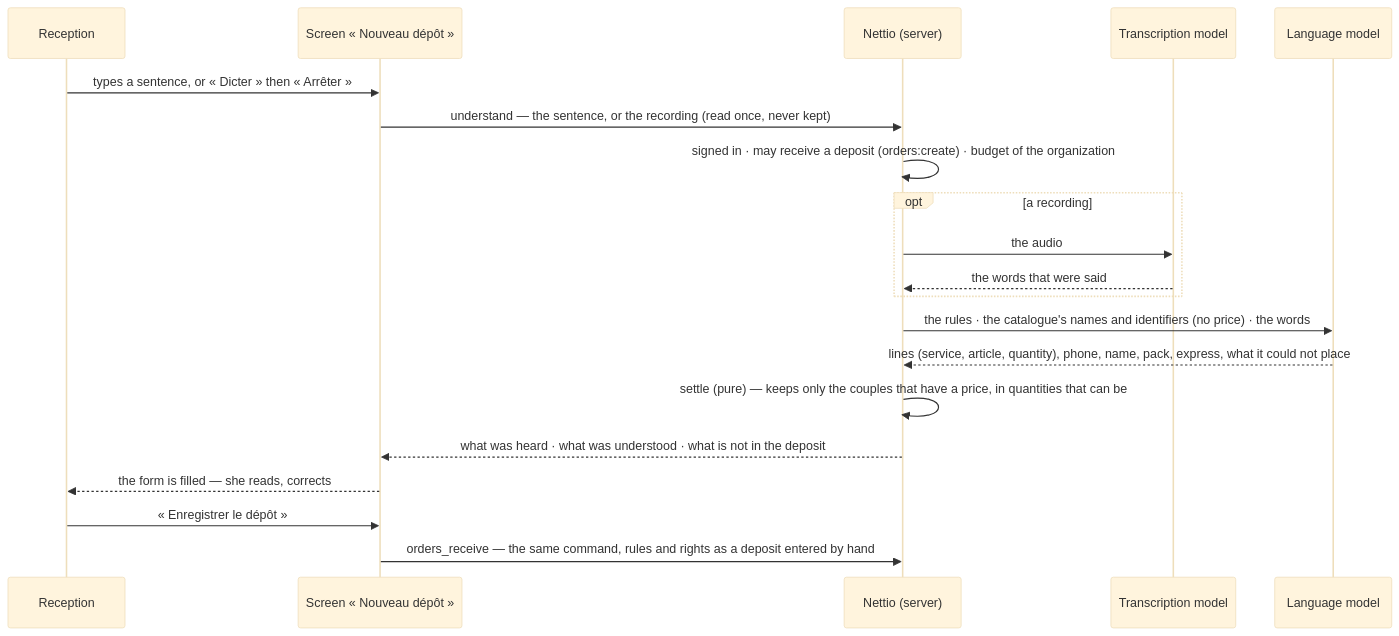
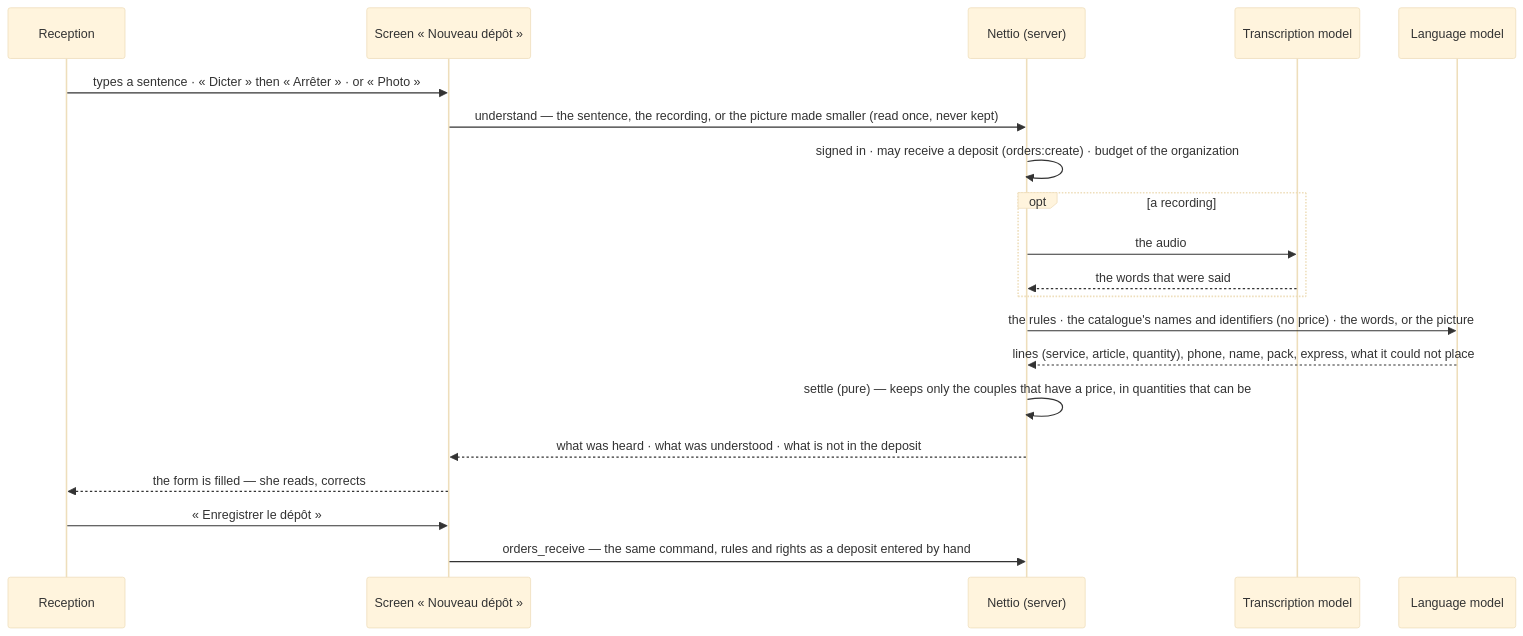
Before and after one commit to kete-africa/nettio: the diagram in docs/flows/a-deposit-said.md, drawn with Mermaid (base theme). The commit also changed other lines of this file and 14 other files, not shown here.

````diff
--- a/docs/flows/a-deposit-said.md
+++ b/docs/flows/a-deposit-said.md
@@ -3,22 +3,22 @@
 ```mermaid
 sequenceDiagram
   participant R as Reception
   participant S as Screen « Nouveau dépôt »
   participant N as Nettio (server)
   participant H as Transcription model
   participant M as Language model
-  R->>S: types a sentence, or « Dicter » then « Arrêter »
-  S->>N: understand — the sentence, or the recording (read once, never kept)
+  R->>S: types a sentence · « Dicter » then « Arrêter » · or « Photo »
+  S->>N: understand — the sentence, the recording, or the picture made smaller (read once, never kept)
   N->>N: signed in · may receive a deposit (orders:create) · budget of the organization
   opt a recording
     N->>H: the audio
     H-->>N: the words that were said
   end
-  N->>M: the rules · the catalogue's names and identifiers (no price) · the words
+  N->>M: the rules · the catalogue's names and identifiers (no price) · the words, or the picture
   M-->>N: lines (service, article, quantity), phone, name, pack, express, what it could not place
   N->>N: settle (pure) — keeps only the couples that have a price, in quantities that can be
   N-->>S: what was heard · what was understood · what is not in the deposit
   S-->>R: the form is filled — she reads, corrects
   R->>S: « Enregistrer le dépôt »
   S->>N: orders_receive — the same command, rules and rights as a deposit entered by hand
 ```
````
